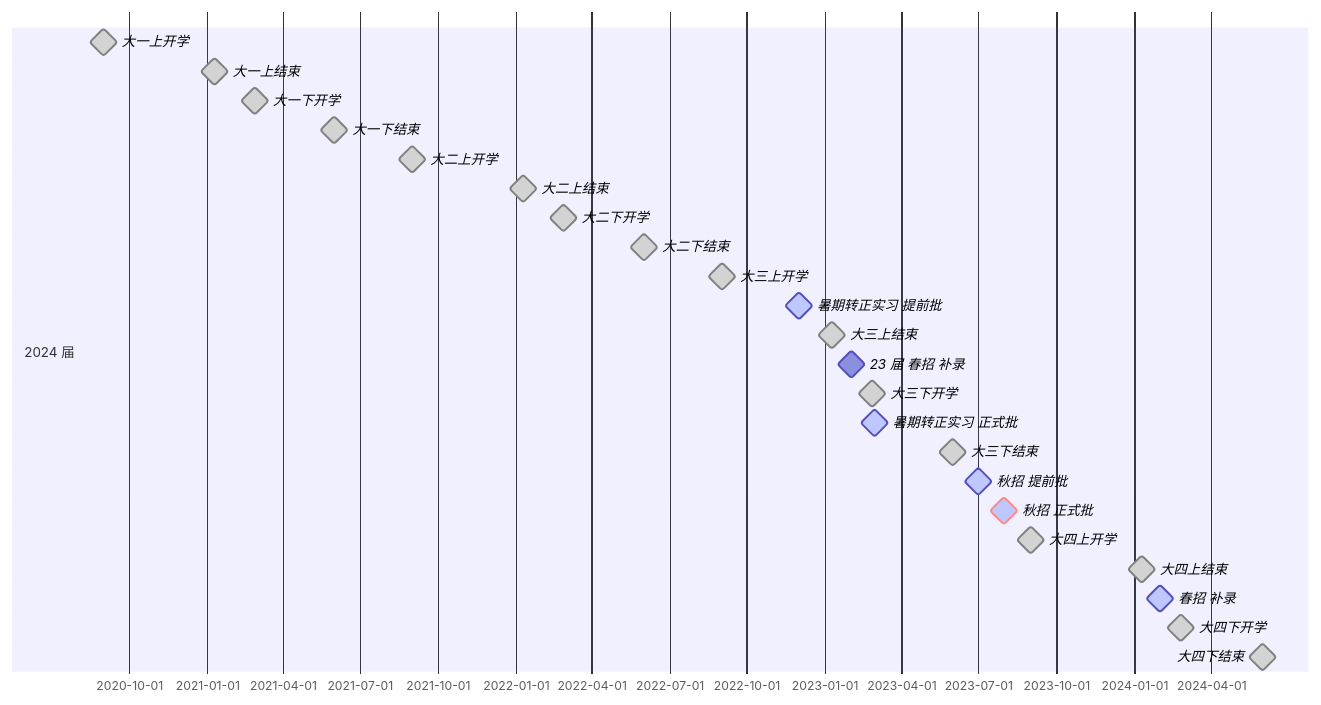
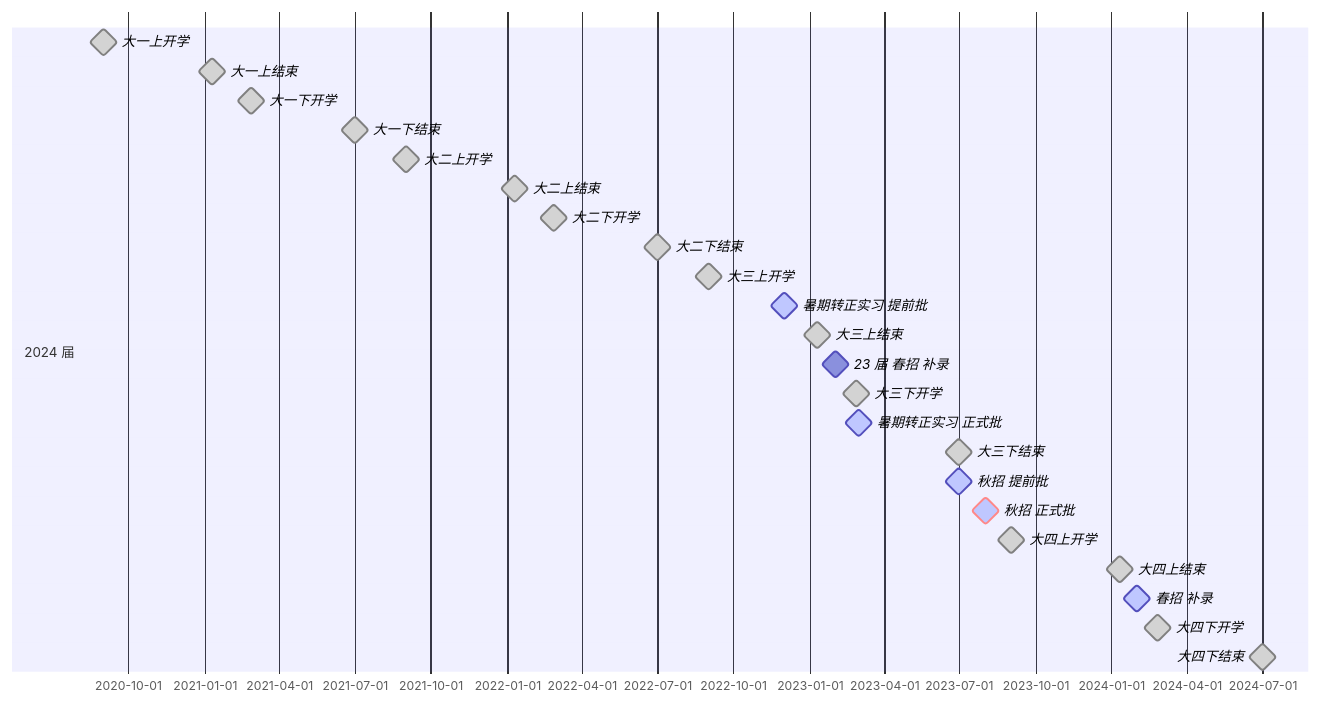
One commit to james-curtis/public-diary changed the first of 3 diagrams in 专题/【长线】实时关注招聘.md. Above: the diagram before and after it, drawn with Mermaid. The commit also changed other lines of this file, not shown here.

````diff
--- a/专题/【长线】实时关注招聘.md
+++ b/专题/【长线】实时关注招聘.md
@@ -46,45 +46,45 @@
 ```mermaid
 gantt
     dateFormat  YYYY-MM-DD
 
     section 2024 届
     大一上开学      :milestone, done, 2020-09-01, 0d
 
     大一上结束      :milestone, done, 2021-01-10, 0d
     大一下开学      :milestone, done, 2021-02-26, 0d
-    大一下结束      :milestone, done, 2021-06-01, 0d
+    大一下结束      :milestone, done, 2021-07-01, 0d
     大二上开学      :milestone, done, 2021-09-01, 0d
 
     大二上结束      :milestone, done, 2022-01-10, 0d
     大二下开学      :milestone, done, 2022-02-26, 0d
-    大二下结束      :milestone, done, 2022-06-01, 0d
+    大二下结束      :milestone, done, 2022-07-01, 0d
     大三上开学      :milestone, done, 2022-09-01, 0d
 
     %% 招聘
     暑期转正实习 提前批 :milestone, active, 2022-12-01, 0d
     %% 招聘
 
     大三上结束      :milestone, done, 2023-01-10, 0d
     %% 招聘
     23 届 春招 补录    :milestone, 2023-02-01, 0d
     %% 招聘
     大三下开学      :milestone, done, 2023-02-26, 0d
     %% 招聘
     暑期转正实习 正式批 :milestone, active, 2023-03-01, 0d
     %% 招聘
-    大三下结束      :milestone, done, 2023-06-01, 0d
+    大三下结束      :milestone, done, 2023-07-01, 0d
     %% 招聘
     秋招 提前批     :milestone, active, 2023-07-01, 0d
     秋招 正式批     :milestone, active, crit, 2023-08-01, 0d
     %% 招聘
     大四上开学      :milestone, done, 2023-09-01, 0d
 
     大四上结束      :milestone, done, 2024-01-10, 0d
     %% 招聘
     春招 补录       :milestone, active, 2024-02-01, 0d
     %% 招聘
     大四下开学      :milestone, done, 2024-02-26, 0d
-    大四下结束      :milestone, done, 2024-06-01, 0d
+    大四下结束      :milestone, done, 2024-07-01, 0d
 
     %% 其他
 ```
````
